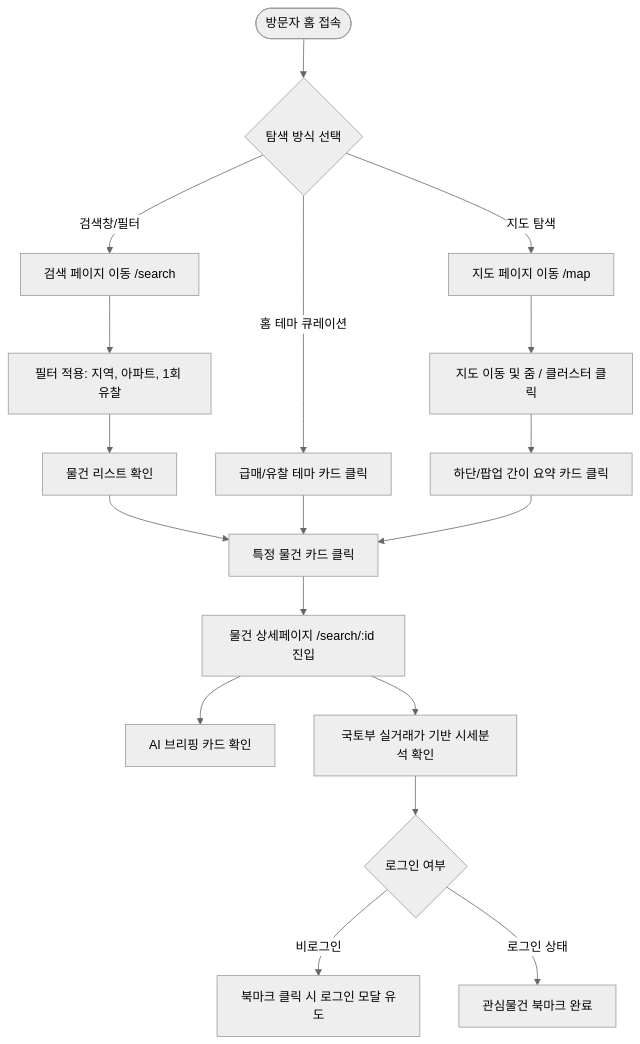
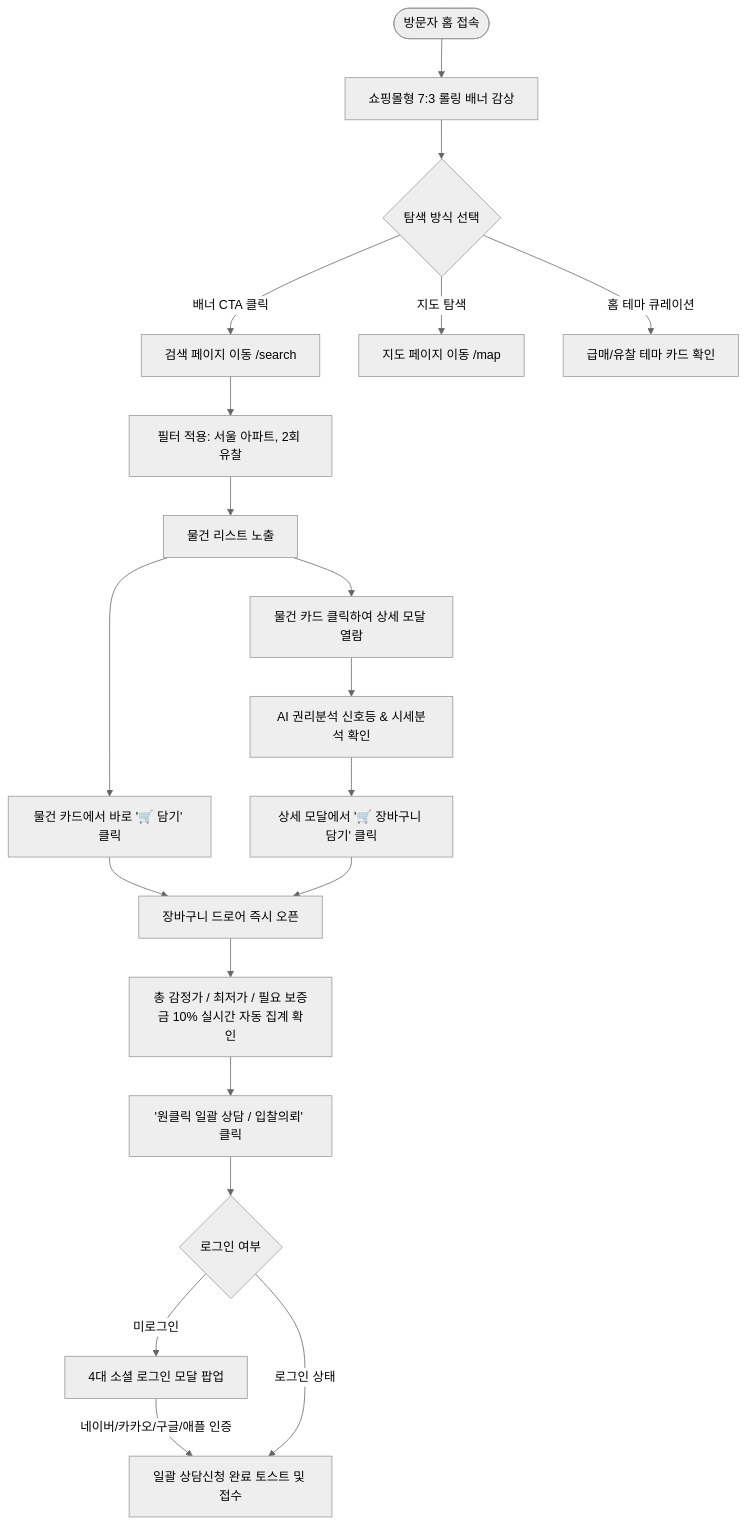
Before and after one commit to bruce2294/namu-auction: the first of 4 diagrams in docs/IA_유저플로우_설계서.md, drawn with Mermaid (neutral theme). The commit also changed other lines of this file and 58 other files, not shown here.

````diff
--- a/docs/IA_유저플로우_설계서.md
+++ b/docs/IA_유저플로우_설계서.md
@@ -75,25 +102,28 @@
 ```mermaid
 flowchart TD
-    Start([방문자 홈 접속]) --> ActionChoice{탐색 방식 선택}
+    Start([방문자 홈 접속]) --> HomeBanner[쇼핑몰형 7:3 롤링 배너 감상]
+    HomeBanner --> ActionChoice{탐색 방식 선택}
     
-    ActionChoice -->|검색창/필터| SearchPage[검색 페이지 이동 /search]
+    ActionChoice -->|배너 CTA 클릭| SearchPage[검색 페이지 이동 /search]
     ActionChoice -->|지도 탐색| MapPage[지도 페이지 이동 /map]
-    ActionChoice -->|홈 테마 큐레이션| CurationClick[급매/유찰 테마 카드 클릭]
+    ActionChoice -->|홈 테마 큐레이션| CurationClick[급매/유찰 테마 카드 확인]
     
-    MapPage --> MapInteract[지도 이동 및 줌 / 클러스터 클릭]
-    MapInteract --> MiniCard[하단/팝업 간이 요약 카드 클릭]
+    SearchPage --> ApplyFilter[필터 적용: 서울 아파트, 2회 유찰]
+    ApplyFilter --> ItemList[물건 리스트 노출]
     
-    SearchPage --> ApplyFilter[필터 적용: 지역, 아파트, 1회 유찰]
-    ApplyFilter --> ItemList[물건 리스트 확인]
-    ItemList --> ClickItem[특정 물건 카드 클릭]
-    CurationClick --> ClickItem
-    MiniCard --> ClickItem
+    ItemList --> AddCartDirect[물건 카드에서 바로 '🛒 담기' 클릭]
+    ItemList --> OpenDetail[물건 카드 클릭하여 상세 모달 열람]
+    OpenDetail --> ViewAnalysis[AI 권리분석 신호등 & 시세분석 확인]
+    ViewAnalysis --> AddCartModal[상세 모달에서 '🛒 장바구니 담기' 클릭]
     
-    ClickItem --> DetailPage[물건 상세페이지 /search/:id 진입]
-    DetailPage --> ViewBriefing[AI 브리핑 카드 확인]
-    DetailPage --> ViewMarketPrice[국토부 실거래가 기반 시세분석 확인]
+    AddCartDirect --> CartDrawerOpen[장바구니 드로어 즉시 오픈]
+    AddCartModal --> CartDrawerOpen
     
-    ViewMarketPrice --> AuthCheck{로그인 여부}
-    AuthCheck -->|비로그인| BookmarkPrompt[북마크 클릭 시 로그인 모달 유도]
-    AuthCheck -->|로그인 상태| AddBookmark[관심물건 북마크 완료]
+    CartDrawerOpen --> CalcCheck[총 감정가 / 최저가 / 필요 보증금 10% 실시간 자동 집계 확인]
+    CalcCheck --> ClickConsult['원클릭 일괄 상담 / 입찰의뢰' 클릭]
+    
+    ClickConsult --> AuthCheck{로그인 여부}
+    AuthCheck -->|미로그인| LoginModal[4대 소셜 로그인 모달 팝업]
+    LoginModal -->|네이버/카카오/구글/애플 인증| CompleteConsult[일괄 상담신청 완료 토스트 및 접수]
+    AuthCheck -->|로그인 상태| CompleteConsult
 ```
````
